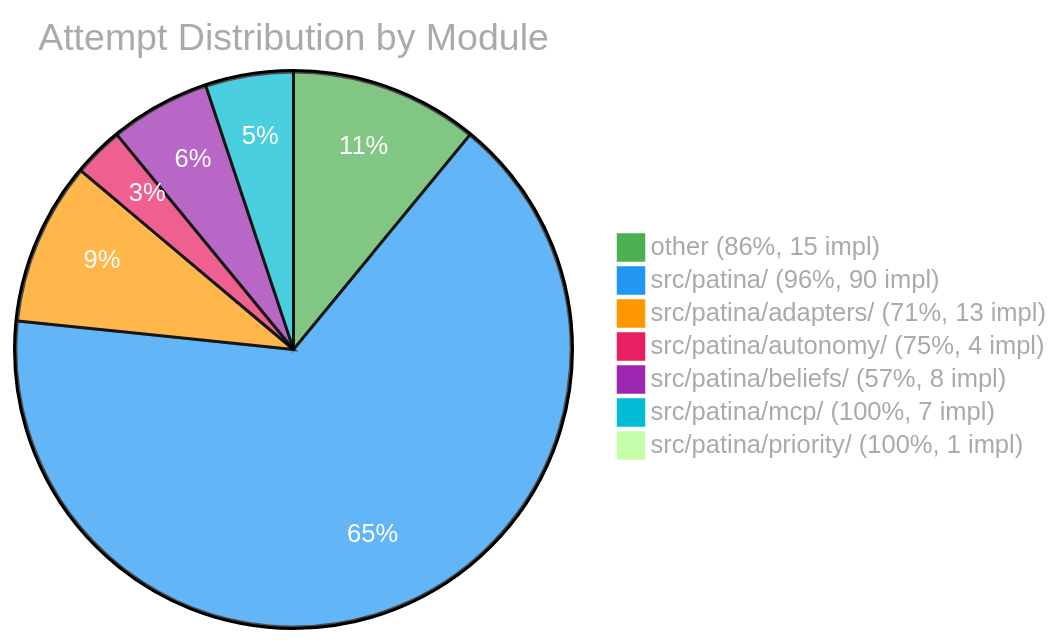
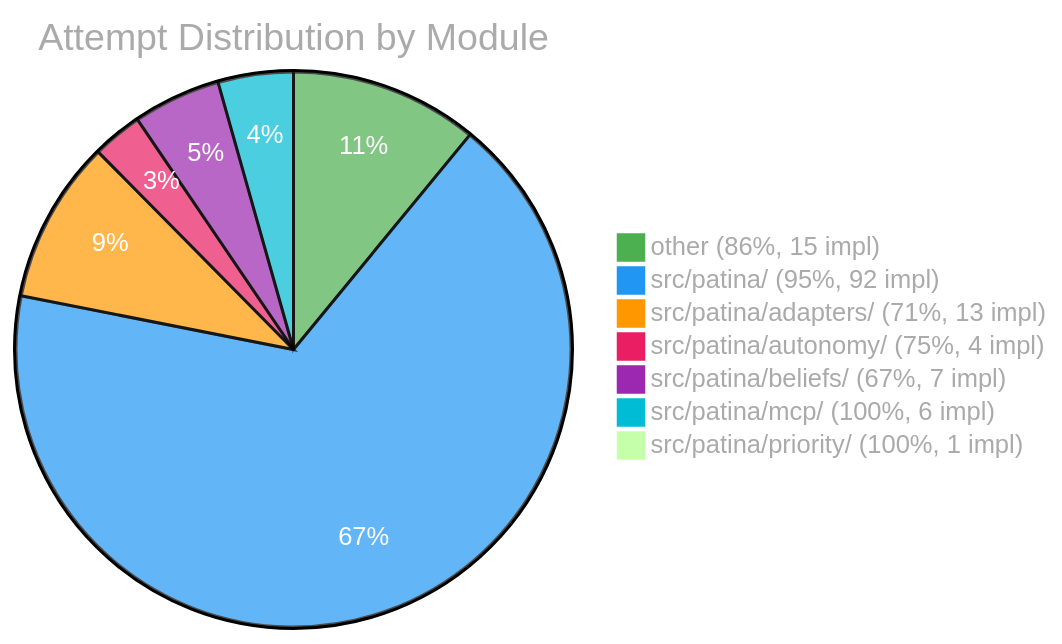
One commit to Sanctum-Origo-Systems/patina changed the third of 3 diagrams in EVAL.md. Above: the diagram before and after it, drawn with Mermaid. The commit also changed other lines of this file and 1 other file, not shown here.

````diff
--- a/EVAL.md
+++ b/EVAL.md
@@ -122,11 +122,11 @@
 ```mermaid
 %%{init: {'theme': 'base', 'themeVariables': {'pie1': '#4CAF50', 'pie2': '#2196F3', 'pie3': '#FF9800', 'pie4': '#E91E63', 'pie5': '#9C27B0', 'pie6': '#00BCD4', 'pieTitleTextColor': '#aaa', 'pieLegendTextColor': '#aaa', 'pieSectionTextColor': '#fff'}}}%%
 pie title Attempt Distribution by Module
     "other (86%, 15 impl)" : 15
-    "src/patina/ (96%, 90 impl)" : 90
+    "src/patina/ (95%, 92 impl)" : 92
     "src/patina/adapters/ (71%, 13 impl)" : 13
     "src/patina/autonomy/ (75%, 4 impl)" : 4
-    "src/patina/beliefs/ (57%, 8 impl)" : 8
-    "src/patina/mcp/ (100%, 7 impl)" : 7
+    "src/patina/beliefs/ (67%, 7 impl)" : 7
+    "src/patina/mcp/ (100%, 6 impl)" : 6
     "src/patina/priority/ (100%, 1 impl)" : 1
 ```
````
